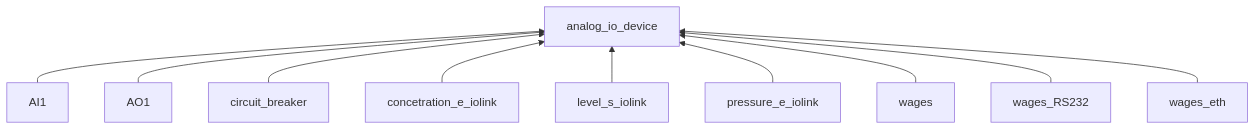
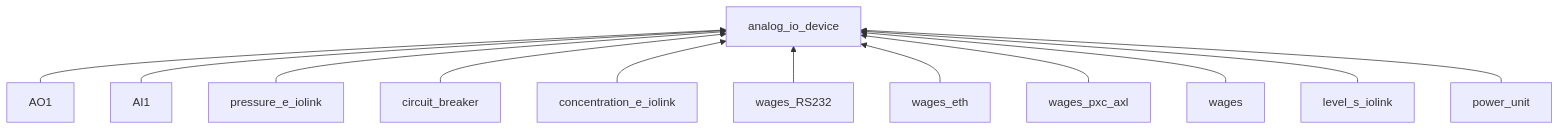
Before and after one commit to savushkin-r-d/ptusa_main: the fifth of 11 diagrams in docs/class_scheme/readme.md, drawn with Mermaid. The commit also changed other lines of this file, not shown here.

Commit message:
[doc] Update `Mermaid` class diagrams (#1162)

````diff
--- a/docs/class_scheme/readme.md
+++ b/docs/class_scheme/readme.md
@@ -47,13 +68,14 @@
 ```mermaid
 flowchart BT
- analog_io_device[analog_io_device]
-    AI1[AI1]-->analog_io_device
-    AO1[AO1]-->analog_io_device
-    circuit_breaker[circuit_breaker]-->analog_io_device
-    concetration_e_iolink[concetration_e_iolink]-->analog_io_device
-    level_s_iolink[level_s_iolink]-->analog_io_device
-    pressure_e_iolink[pressure_e_iolink]-->analog_io_device
-    wages[wages]-->analog_io_device
-    wages_RS232[wages_RS232]-->analog_io_device
-    wages_eth[wages_eth]-->analog_io_device
+    AO1[AO1] --> analog_io_device[analog_io_device]
+    AI1[AI1] --> analog_io_device
+    pressure_e_iolink[pressure_e_iolink] --> analog_io_device
+    circuit_breaker[circuit_breaker] --> analog_io_device
+    concentration_e_iolink[concentration_e_iolink] --> analog_io_device
+    wages_RS232[wages_RS232] --> analog_io_device
+    wages_eth[wages_eth] --> analog_io_device
+    wages_pxc_axl[wages_pxc_axl] --> analog_io_device
+    wages[wages] --> analog_io_device
+    level_s_iolink[level_s_iolink] --> analog_io_device
+    power_unit[power_unit] --> analog_io_device
 ```
````
